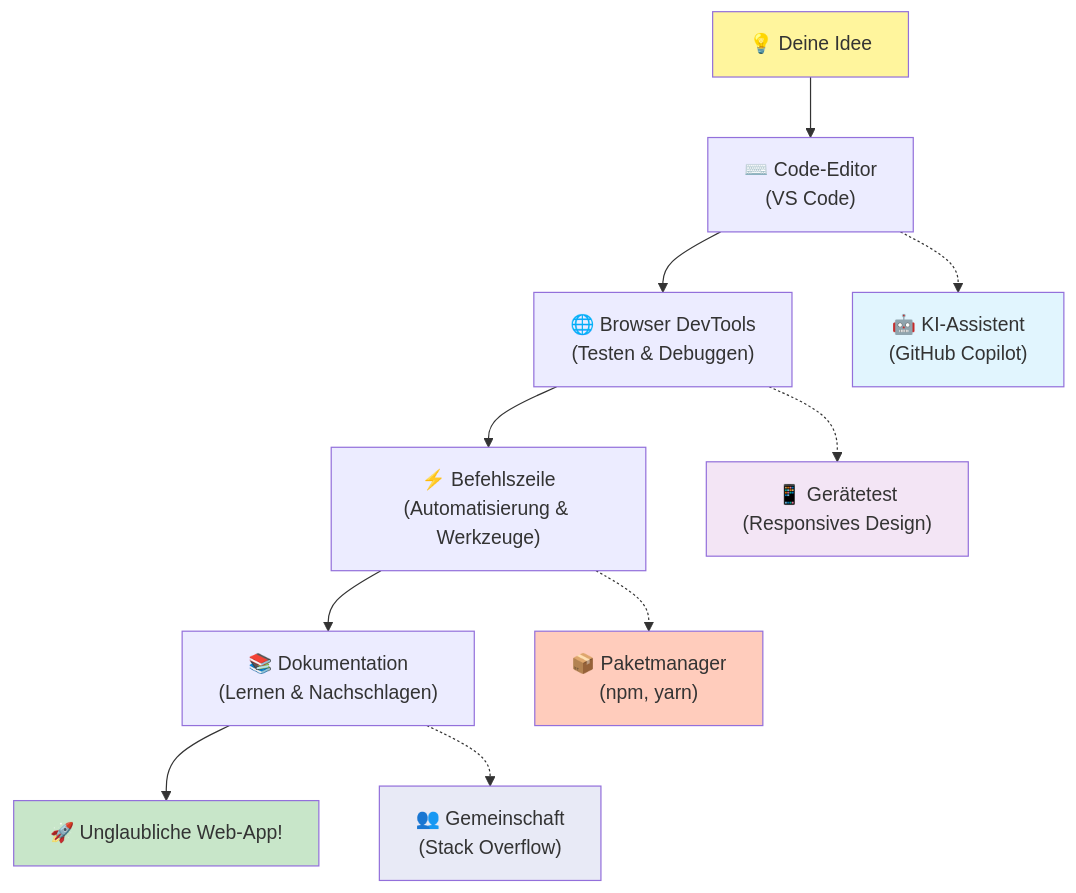
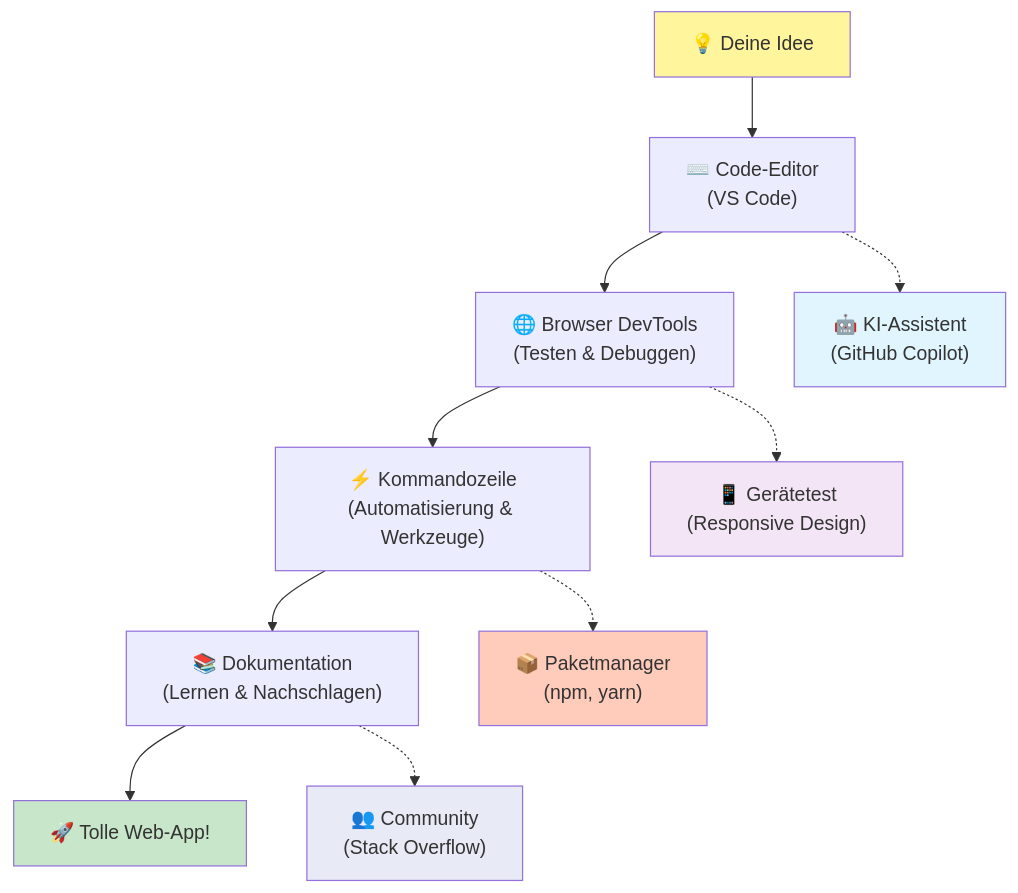
Before and after one commit to microsoft/Web-Dev-For-Beginners: the fifth of 7 diagrams in translations/de/1-getting-started-lessons/1-intro-to-programming-languages/README.md, drawn with Mermaid. The commit also changed other lines of this file and 8 other files, not shown here.

````diff
--- a/translations/de/1-getting-started-lessons/1-intro-to-programming-languages/README.md
+++ b/translations/de/1-getting-started-lessons/1-intro-to-programming-languages/README.md
@@ -486,20 +488,20 @@
 ```mermaid
 graph TD
     A["💡 Deine Idee"] --> B["⌨️ Code-Editor<br/>(VS Code)"] 
     B --> C["🌐 Browser DevTools<br/>(Testen & Debuggen)"]
-    C --> D["⚡ Befehlszeile<br/>(Automatisierung & Werkzeuge)"]
+    C --> D["⚡ Kommandozeile<br/>(Automatisierung & Werkzeuge)"]
     D --> E["📚 Dokumentation<br/>(Lernen & Nachschlagen)"]
-    E --> F["🚀 Unglaubliche Web-App!"]
+    E --> F["🚀 Tolle Web-App!"]
     
     B -.-> G["🤖 KI-Assistent<br/>(GitHub Copilot)"]
-    C -.-> H["📱 Gerätetest<br/>(Responsives Design)"]
+    C -.-> H["📱 Gerätetest<br/>(Responsive Design)"]
     D -.-> I["📦 Paketmanager<br/>(npm, yarn)"]
-    E -.-> J["👥 Gemeinschaft<br/>(Stack Overflow)"]
+    E -.-> J["👥 Community<br/>(Stack Overflow)"]
     
     style A fill:#fff59d
     style F fill:#c8e6c9
     style G fill:#e1f5fe
     style H fill:#f3e5f5
     style I fill:#ffccbc
     style J fill:#e8eaf6
-```  
+```
````
